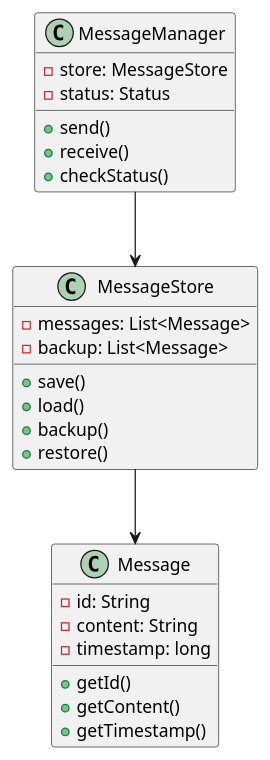
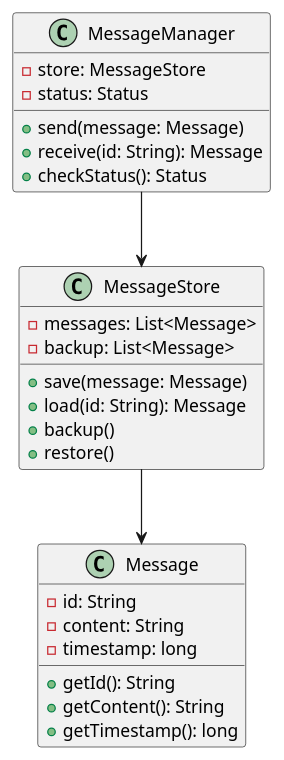
The second of 3 diagrams in doc/learning/architecture/message_queue_persistence_tutorial.md (fine5351/info-sync), drawn with PlantUML before and after one commit. The commit also changed other lines of this file and 35 other files, not shown here.

````diff
--- a/doc/learning/architecture/message_queue_persistence_tutorial.md
+++ b/doc/learning/architecture/message_queue_persistence_tutorial.md
@@ -285,32 +147,32 @@
 ```plantuml
 @startuml
 class Message {
     - id: String
     - content: String
     - timestamp: long
-    + getId()
-    + getContent()
-    + getTimestamp()
+    + getId(): String
+    + getContent(): String
+    + getTimestamp(): long
 }
 
 class MessageStore {
     - messages: List<Message>
     - backup: List<Message>
-    + save()
-    + load()
+    + save(message: Message)
+    + load(id: String): Message
     + backup()
     + restore()
 }
 
 class MessageManager {
     - store: MessageStore
     - status: Status
-    + send()
-    + receive()
-    + checkStatus()
+    + send(message: Message)
+    + receive(id: String): Message
+    + checkStatus(): Status
 }
 
 MessageManager --> MessageStore
 MessageStore --> Message
 @enduml
 ```
````
